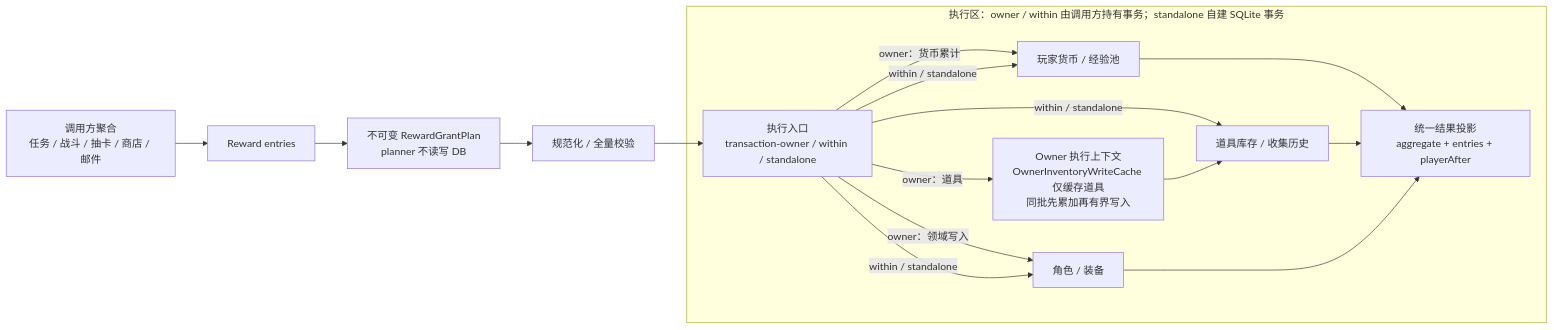
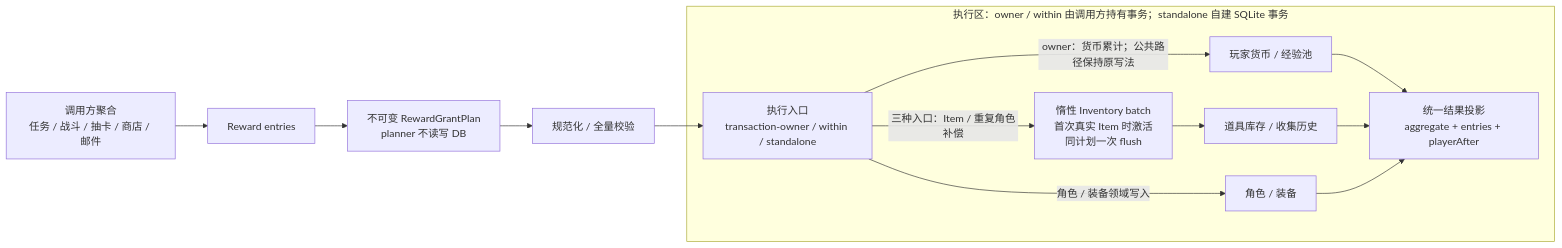
One commit to DontBeAlarmed/startpoint-cn changed the first of 2 diagrams in docs/architecture/rewards-and-growth.md. Above: the diagram before and after it, drawn with Mermaid. The commit also changed other lines of this file and 20 other files, not shown here.

Commit message:
refactor(item): migrate reward grant inventory

````diff
--- a/docs/architecture/rewards-and-growth.md
+++ b/docs/architecture/rewards-and-growth.md
@@ -7,31 +7,28 @@
 ```mermaid
 flowchart LR
     CALLERS["调用方聚合<br/>任务 / 战斗 / 抽卡 / 商店 / 邮件"]
     ENTRIES["Reward entries"]
     PLAN["不可变 RewardGrantPlan<br/>planner 不读写 DB"]
     VALIDATE["规范化 / 全量校验"]
 
     subgraph EXECUTION["执行区：owner / within 由调用方持有事务；standalone 自建 SQLite 事务"]
         ENTRY["执行入口<br/>transaction-owner / within / standalone"]
-        CACHE["Owner 执行上下文<br/>OwnerInventoryWriteCache 仅缓存道具<br/>同批先累加再有界写入"]
+        BATCH["惰性 Inventory batch<br/>首次真实 Item 时激活<br/>同计划一次 flush"]
         CURRENCY["玩家货币 / 经验池"]
         ITEMS["道具库存 / 收集历史"]
         OWNED["角色 / 装备"]
         PROJECTION["统一结果投影<br/>aggregate + entries + playerAfter"]
     end
 
     CALLERS --> ENTRIES
     ENTRIES --> PLAN
     PLAN --> VALIDATE
     VALIDATE --> ENTRY
-    ENTRY -->|"owner：货币累计"| CURRENCY
-    ENTRY -->|"owner：道具"| CACHE
-    ENTRY -->|"owner：领域写入"| OWNED
-    ENTRY -->|"within / standalone"| CURRENCY
-    ENTRY -->|"within / standalone"| ITEMS
-    ENTRY -->|"within / standalone"| OWNED
-    CACHE --> ITEMS
+    ENTRY -->|"owner：货币累计；公共路径保持原写法"| CURRENCY
+    ENTRY -->|"三种入口：Item / 重复角色补偿"| BATCH
+    ENTRY -->|"角色 / 装备领域写入"| OWNED
+    BATCH --> ITEMS
     CURRENCY --> PROJECTION
     ITEMS --> PROJECTION
     OWNED --> PROJECTION
 ```
````
